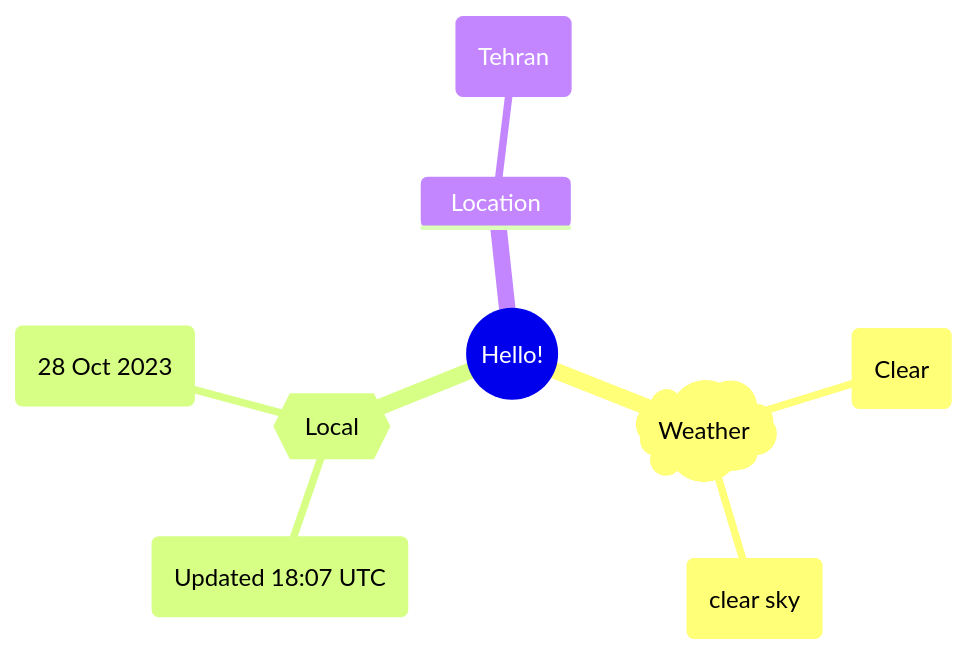
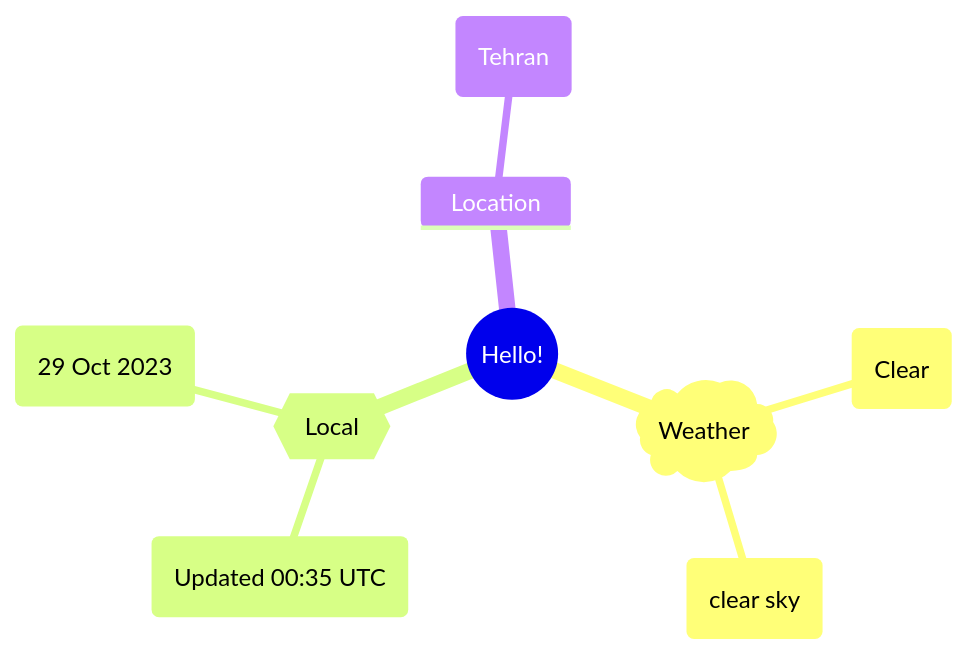
One commit to Xosrov/Xosrov changed the first of 2 diagrams in README.md. Above: the diagram before and after it, drawn with Mermaid.

Commit message:
[bot] updated images

````diff
--- a/README.md
+++ b/README.md
@@ -3,12 +3,12 @@
 ```mermaid
 mindmap
   root((Hello!))
     )Weather(
         (Clear)
         (clear sky)
     {{Local}}
-        (Updated 18:07 UTC)
-        (28 Oct 2023)
+        (Updated 00:35 UTC)
+        (29 Oct 2023)
     Location
         (Tehran)
 ```
````
